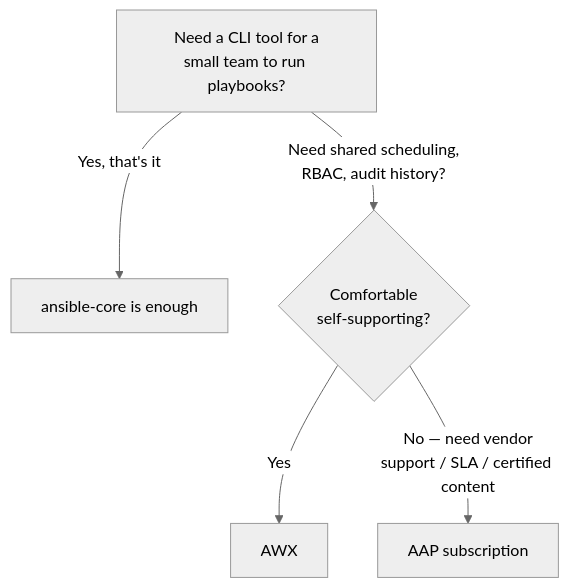
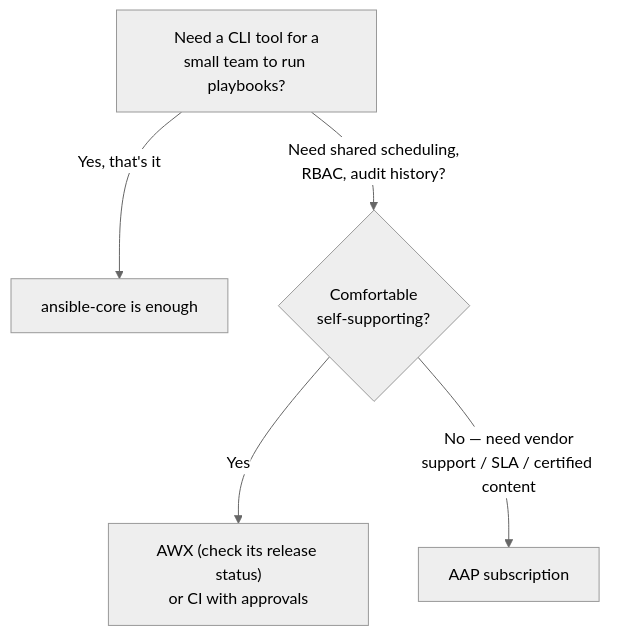
The second of 2 diagrams in docs/ansible/enterprise-platform/01-ansible-core-vs-ansible-vs-aap.md (sameeralam3127/compute-central-docs), drawn with Mermaid (neutral theme) before and after one commit. The commit also changed other lines of this file and 134 other files, not shown here.

````diff
--- a/docs/ansible/enterprise-platform/01-ansible-core-vs-ansible-vs-aap.md
+++ b/docs/ansible/enterprise-platform/01-ansible-core-vs-ansible-vs-aap.md
@@ -45,7 +48,7 @@
 ```mermaid
 flowchart TD
     A[Need a CLI tool for a\nsmall team to run playbooks?] -->|Yes, that's it| B[ansible-core is enough]
     A -->|Need shared scheduling,\nRBAC, audit history?| C{Comfortable\nself-supporting?}
-    C -->|Yes| D[AWX]
+    C -->|Yes| D["AWX (check its release status)\nor CI with approvals"]
     C -->|No — need vendor\nsupport / SLA / certified content| E[AAP subscription]
 ```
````
